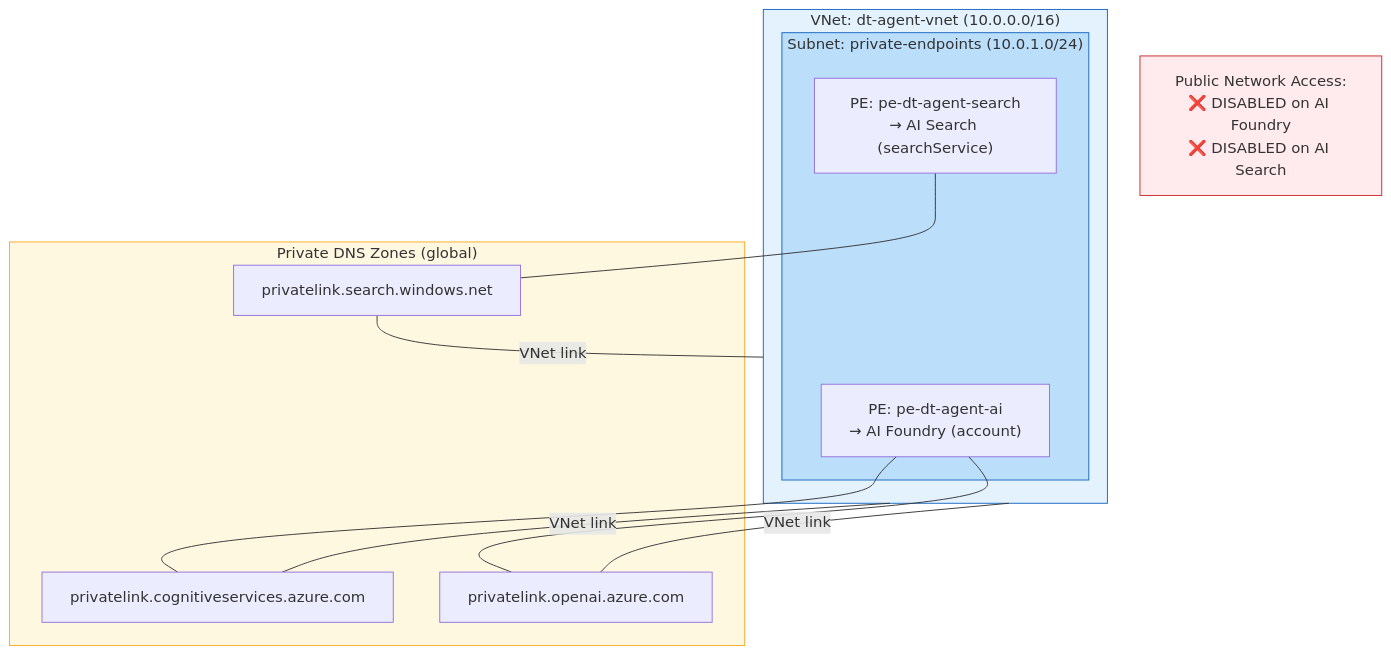
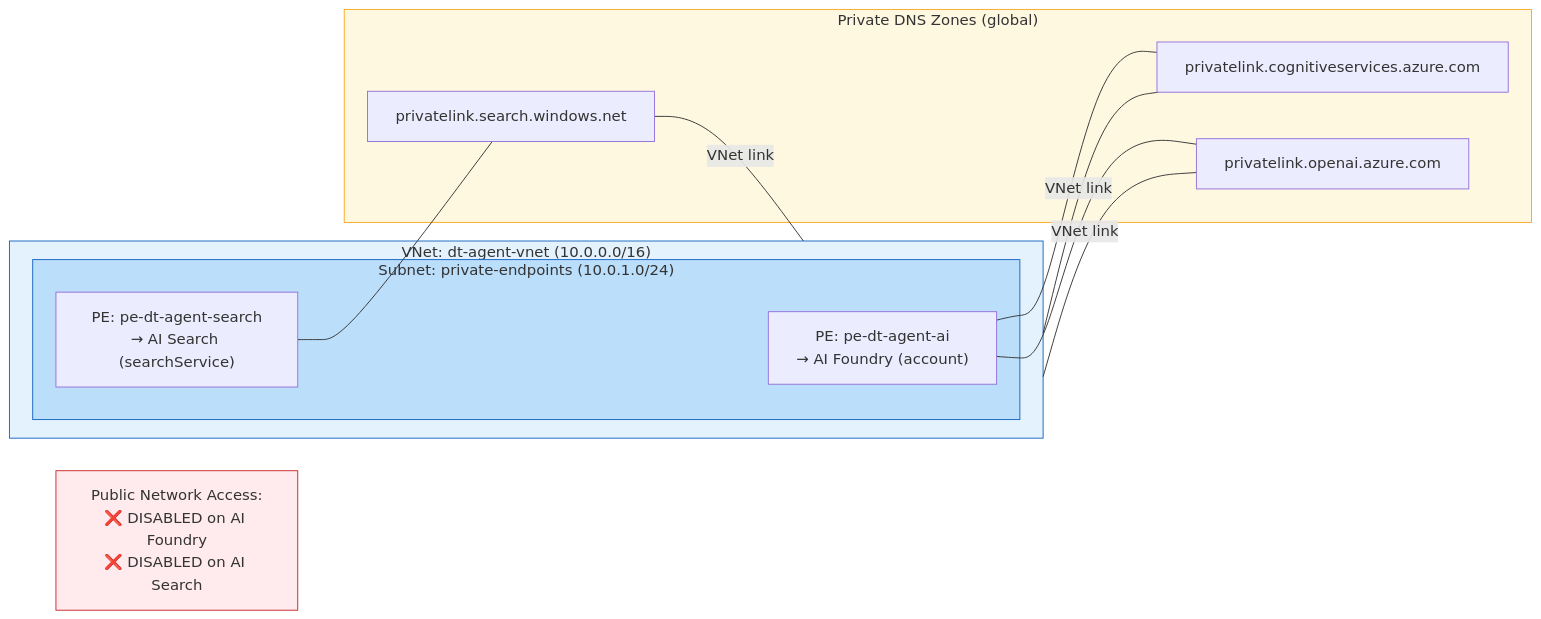
One commit to claraworkman/DT-Agent-POC-Accelerator changed the second of 2 diagrams in README.md. Above: the diagram before and after it, drawn with Mermaid. The commit also changed other lines of this file, not shown here.

Commit message:
docs: switch diagrams to LR layout for wider rendering

````diff
--- a/README.md
+++ b/README.md
@@ -206,29 +206,29 @@
 ```mermaid
-graph TB
+graph LR
     subgraph VNet["VNet: dt-agent-vnet (10.0.0.0/16)"]
         subgraph Subnet["Subnet: private-endpoints (10.0.1.0/24)"]
             PE_AI["PE: pe-dt-agent-ai<br/>→ AI Foundry (account)"]
             PE_Search["PE: pe-dt-agent-search<br/>→ AI Search (searchService)"]
         end
     end
 
     subgraph DNS["Private DNS Zones (global)"]
         DNS1["privatelink.cognitiveservices.azure.com"]
         DNS2["privatelink.openai.azure.com"]
         DNS3["privatelink.search.windows.net"]
     end
 
     PE_AI --- DNS1
     PE_AI --- DNS2
     PE_Search --- DNS3
     DNS1 ---|"VNet link"| VNet
     DNS2 ---|"VNet link"| VNet
     DNS3 ---|"VNet link"| VNet
 
     PublicAccess["Public Network Access:<br/>❌ DISABLED on AI Foundry<br/>❌ DISABLED on AI Search"]
 
     style VNet fill:#e3f2fd,stroke:#1565c0
     style Subnet fill:#bbdefb,stroke:#1565c0
     style DNS fill:#fff8e1,stroke:#f9a825
     style PublicAccess fill:#ffebee,stroke:#c62828
 ```
````
